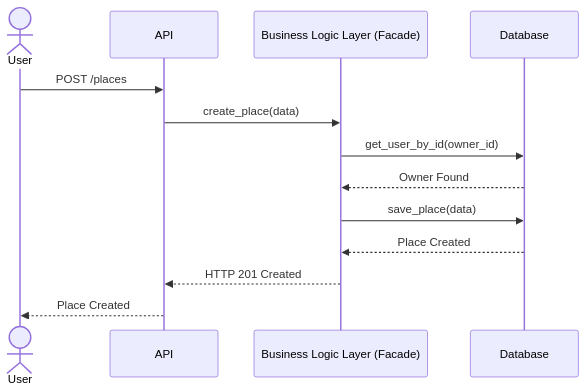
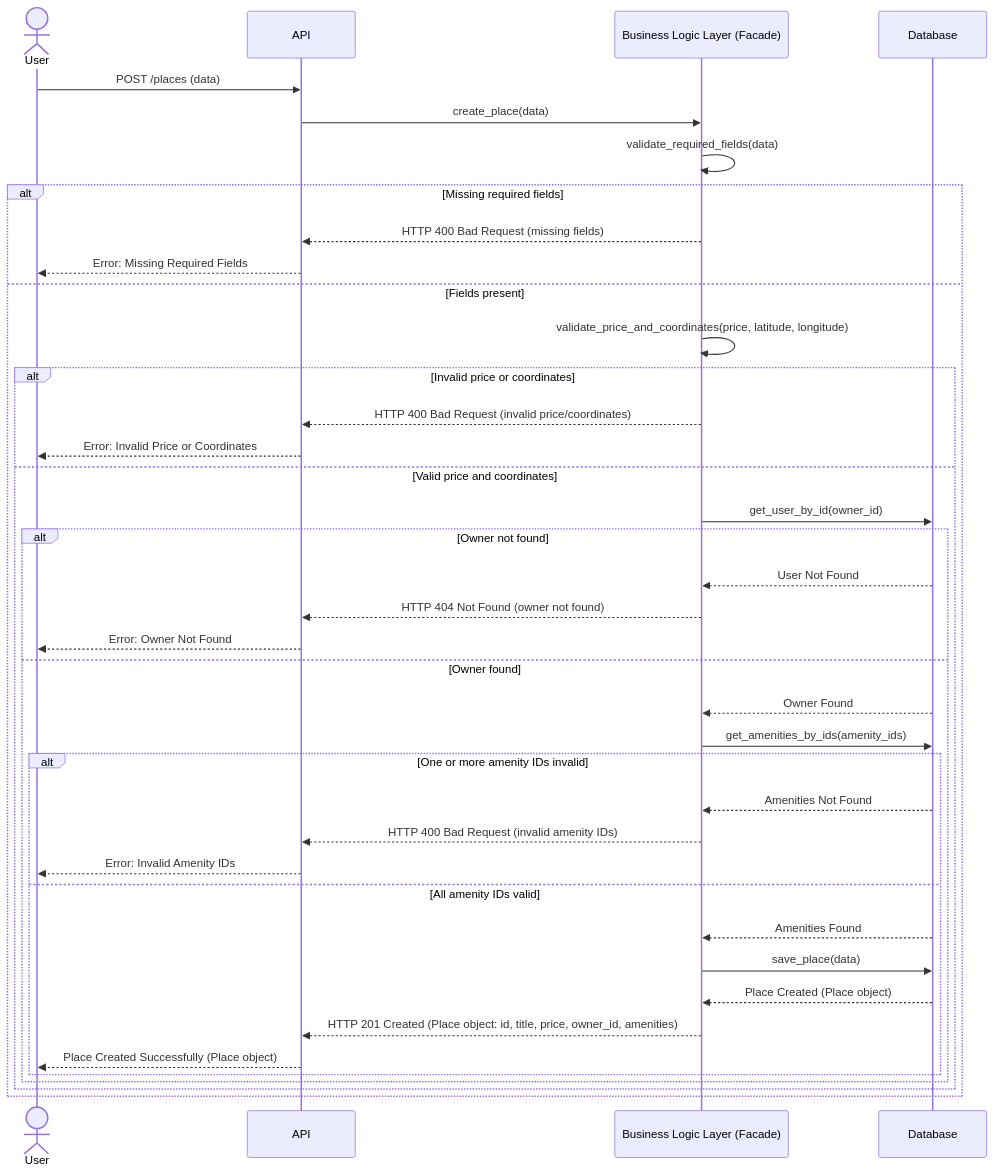
Before and after one commit to alzahra3ali-bit/holbertonschool-hbnb: the fourth of 6 diagrams in part1/README.md, drawn with Mermaid. The commit also changed other lines of this file, not shown here.

Commit message:
fix: facade modeling, password hashing, UUID4, and sequence diagram validations

````diff
--- a/part1/README.md
+++ b/part1/README.md
@@ -162,16 +193,41 @@
 ```mermaid
 sequenceDiagram
-    actor User
-    participant API
-    participant BusinessLogic as Business Logic Layer (Facade)
-    participant Database
-
-    User->>API: POST /places
-    API->>BusinessLogic: create_place(data)
-    BusinessLogic->>Database: get_user_by_id(owner_id)
-    Database-->>BusinessLogic: Owner Found
-    BusinessLogic->>Database: save_place(data)
-    Database-->>BusinessLogic: Place Created
-    BusinessLogic-->>API: HTTP 201 Created
-    API-->>User: Place Created
+actor User
+participant API
+participant BusinessLogic as Business Logic Layer (Facade)
+participant Database
+User->>API: POST /places (data)
+API->>BusinessLogic: create_place(data)
+BusinessLogic->>BusinessLogic: validate_required_fields(data)
+alt Missing required fields
+    BusinessLogic-->>API: HTTP 400 Bad Request (missing fields)
+    API-->>User: Error: Missing Required Fields
+else Fields present
+    BusinessLogic->>BusinessLogic: validate_price_and_coordinates(price, latitude, longitude)
+    alt Invalid price or coordinates
+        BusinessLogic-->>API: HTTP 400 Bad Request (invalid price/coordinates)
+        API-->>User: Error: Invalid Price or Coordinates
+    else Valid price and coordinates
+        BusinessLogic->>Database: get_user_by_id(owner_id)
+        alt Owner not found
+            Database-->>BusinessLogic: User Not Found
+            BusinessLogic-->>API: HTTP 404 Not Found (owner not found)
+            API-->>User: Error: Owner Not Found
+        else Owner found
+            Database-->>BusinessLogic: Owner Found
+            BusinessLogic->>Database: get_amenities_by_ids(amenity_ids)
+            alt One or more amenity IDs invalid
+                Database-->>BusinessLogic: Amenities Not Found
+                BusinessLogic-->>API: HTTP 400 Bad Request (invalid amenity IDs)
+                API-->>User: Error: Invalid Amenity IDs
+            else All amenity IDs valid
+                Database-->>BusinessLogic: Amenities Found
+                BusinessLogic->>Database: save_place(data)
+                Database-->>BusinessLogic: Place Created (Place object)
+                BusinessLogic-->>API: HTTP 201 Created (Place object: id, title, price, owner_id, amenities)
+                API-->>User: Place Created Successfully (Place object)
+            end
+        end
+    end
+end
 ```
````
